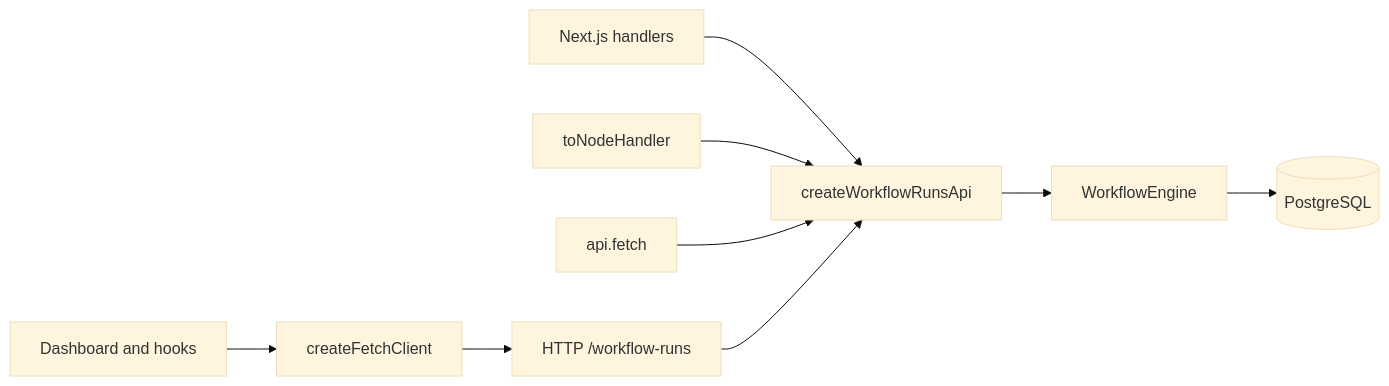
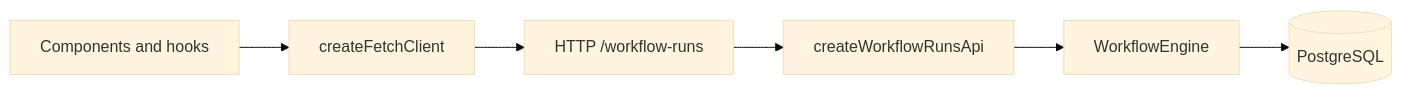
The diagram in packages/ui/README.md (SokratisVidros/pg-workflows), drawn with Mermaid (base theme) before and after one commit. The commit also changed other lines of this file and 8 other files, not shown here.

First line of the commit message:
Restructure the UI docs around components and hooks (#52)

````diff
--- a/packages/ui/README.md
+++ b/packages/ui/README.md
@@ -245,11 +745,8 @@
 ```mermaid
 flowchart LR
-  Dashboard["Dashboard and hooks"] --> Client["createFetchClient"]
+  UI["Components and hooks"] --> Client["createFetchClient"]
   Client --> HTTP["HTTP /workflow-runs"]
-  Next["Next.js handlers"] --> API["createWorkflowRunsApi"]
-  Node["toNodeHandler"] --> API
-  Fetch["api.fetch"] --> API
-  HTTP --> API
+  HTTP --> API["createWorkflowRunsApi"]
   API --> Engine["WorkflowEngine"]
   Engine --> DB[("PostgreSQL")]
 ```
````
